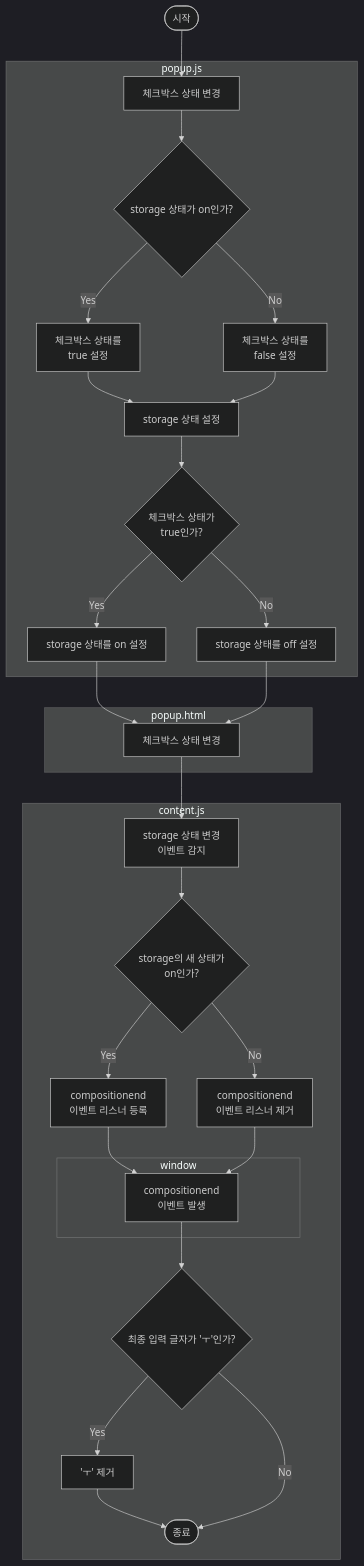
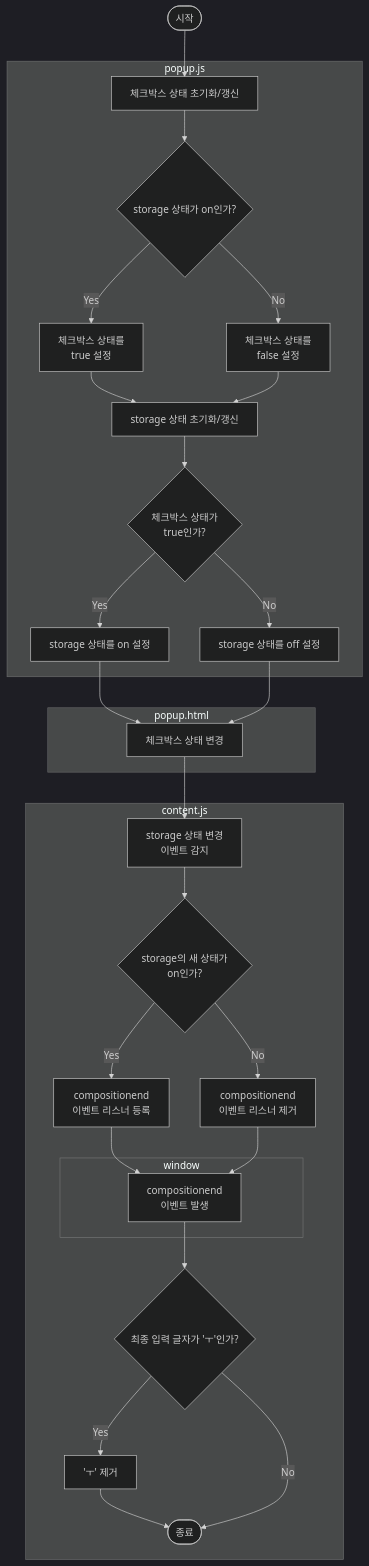
Before and after one commit to sarifor/crying-letter-preventer: the diagram in docs/2. 설계/2.2 소프트웨어 설계/2.2.2 내부 설계/비즈니스 로직 프로그램 설계/플로차트.md, drawn with Mermaid (dark theme). The commit also changed 1 other file, not shown here.

Commit message:
Fix: flowchart/comments to reflect logic more precisely

```diff
--- a/docs/2. 설계/2.2 소프트웨어 설계/2.2.2 내부 설계/비즈니스 로직 프로그램 설계/플로차트.md
+++ b/docs/2. 설계/2.2 소프트웨어 설계/2.2.2 내부 설계/비즈니스 로직 프로그램 설계/플로차트.md
@@ -6,12 +6,12 @@
 
   start1([시작])
 
-  node1[체크박스 상태 변경]
+  node1[체크박스 상태 초기화/갱신]
   switch1{storage 상태가 on인가?}
   switch1-Y[체크박스 상태를<br>true 설정]
   switch1-N[체크박스 상태를<br>false 설정]
 
-  node3[storage 상태 설정]
+  node3[storage 상태 초기화/갱신]
   switch3{체크박스 상태가<br>true인가?}
   switch3-Y[storage 상태를 on 설정]
   switch3-N[storage 상태를 off 설정]
```
